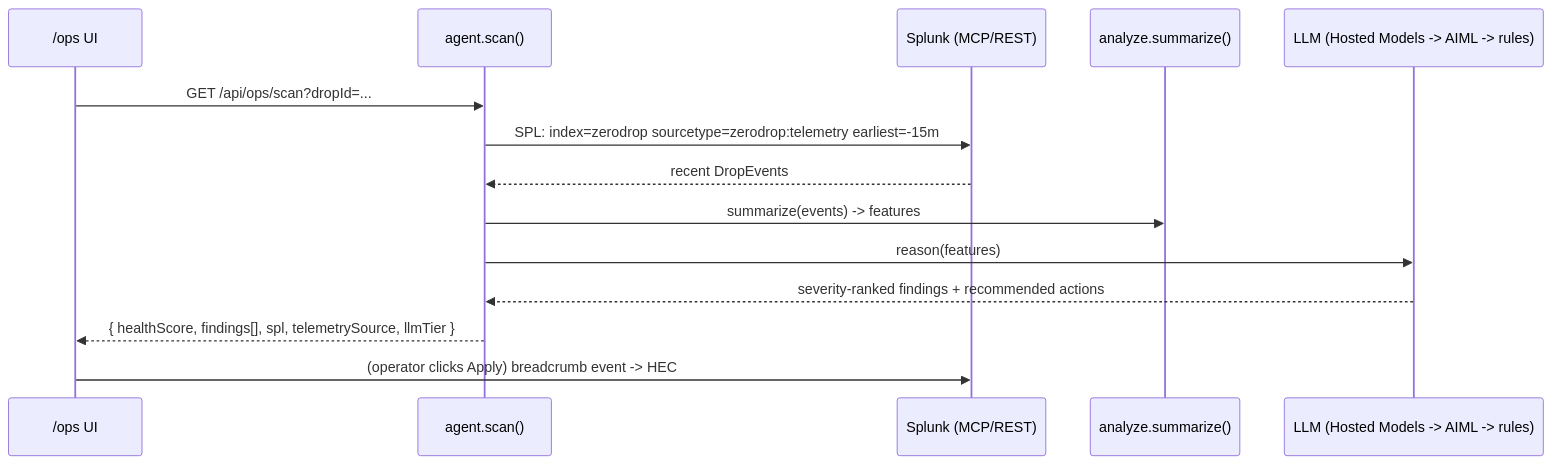
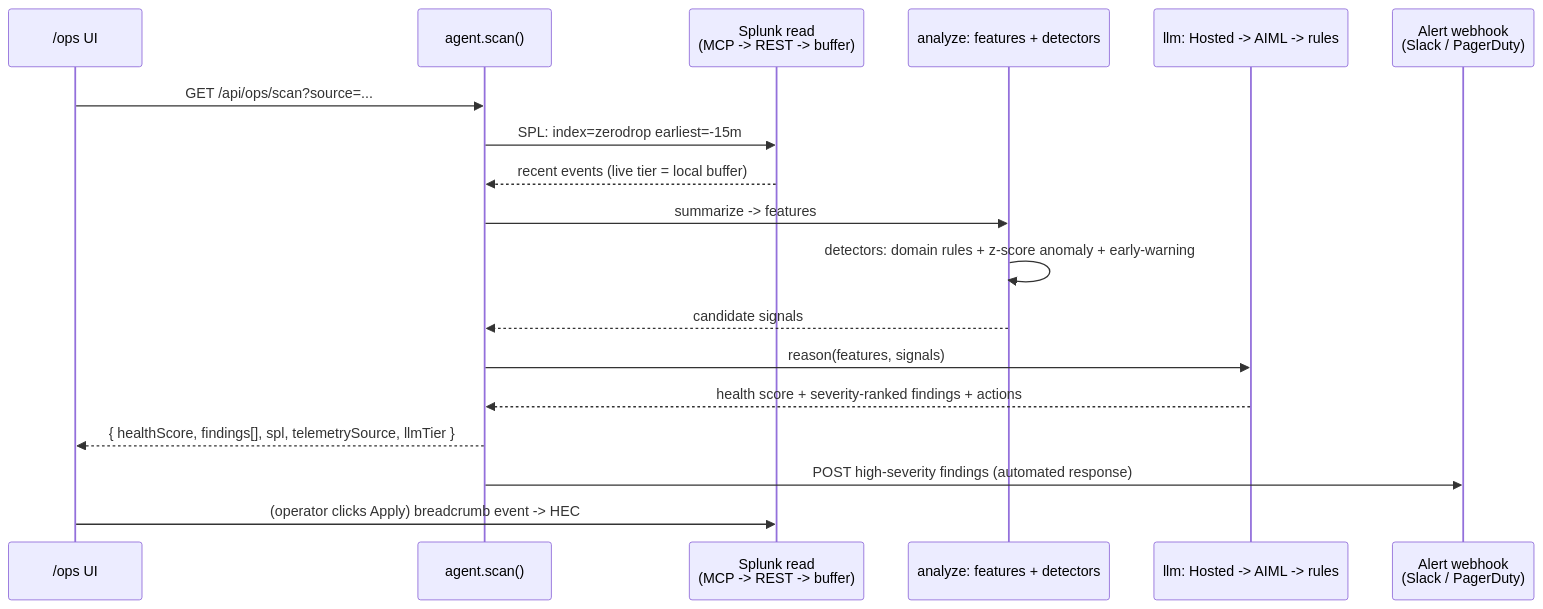
Before and after one commit to jeromtom/zerodrop-splunk-ops: the second of 2 diagrams in architecture_diagram.md, drawn with Mermaid. The commit also changed other lines of this file and 18 other files, not shown here.

First line of the commit message:
Max-effort hardening: generalize the agent + automate response + Splunk-native packaging

````diff
--- a/architecture_diagram.md
+++ b/architecture_diagram.md
@@ -67,17 +101,21 @@
 ```mermaid
 sequenceDiagram
     participant U as /ops UI
     participant A as agent.scan()
-    participant S as Splunk (MCP/REST)
-    participant F as analyze.summarize()
-    participant L as LLM (Hosted Models -> AIML -> rules)
+    participant S as Splunk read<br/>(MCP -> REST -> buffer)
+    participant F as analyze: features + detectors
+    participant L as llm: Hosted -> AIML -> rules
+    participant N as Alert webhook<br/>(Slack / PagerDuty)
 
-    U->>A: GET /api/ops/scan?dropId=...
-    A->>S: SPL: index=zerodrop sourcetype=zerodrop:telemetry earliest=-15m
-    S-->>A: recent DropEvents
-    A->>F: summarize(events) -> features
-    A->>L: reason(features)
-    L-->>A: severity-ranked findings + recommended actions
+    U->>A: GET /api/ops/scan?source=...
+    A->>S: SPL: index=zerodrop earliest=-15m
+    S-->>A: recent events (live tier = local buffer)
+    A->>F: summarize -> features
+    F->>F: detectors: domain rules + z-score anomaly + early-warning
+    F-->>A: candidate signals
+    A->>L: reason(features, signals)
+    L-->>A: health score + severity-ranked findings + actions
     A-->>U: { healthScore, findings[], spl, telemetrySource, llmTier }
+    A->>N: POST high-severity findings (automated response)
     U->>S: (operator clicks Apply) breadcrumb event -> HEC
 ```
````
